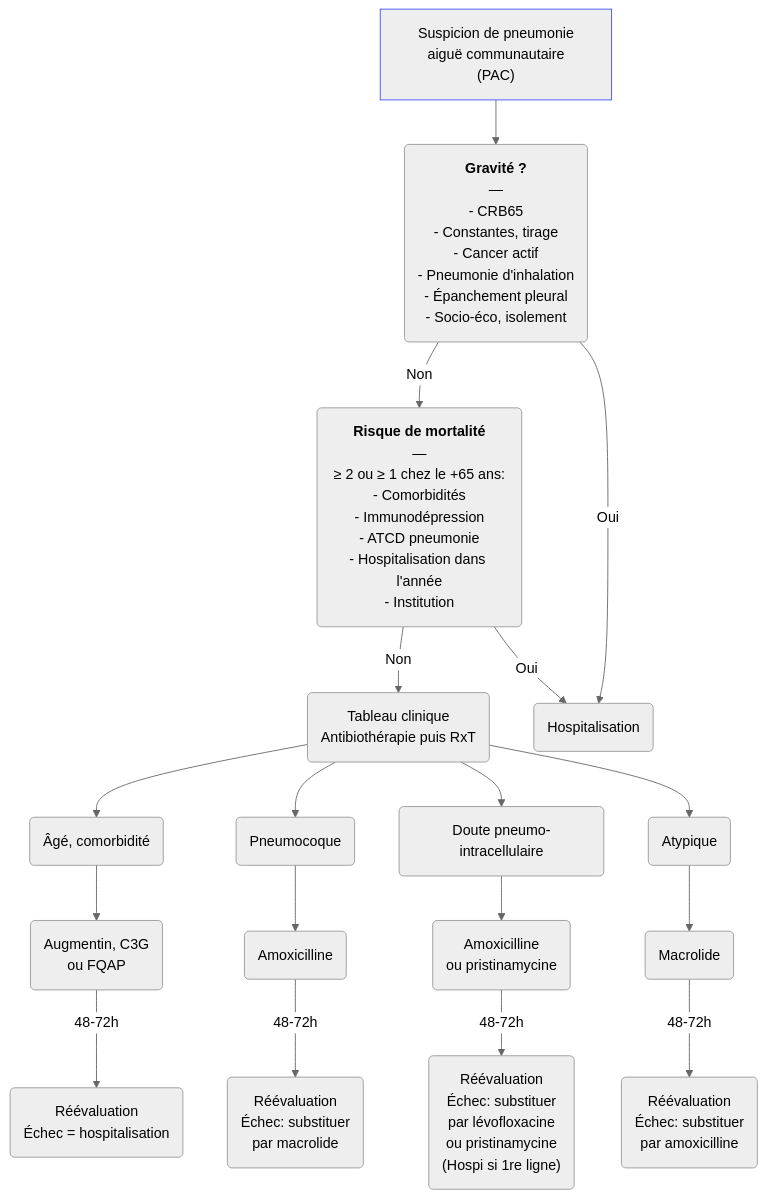
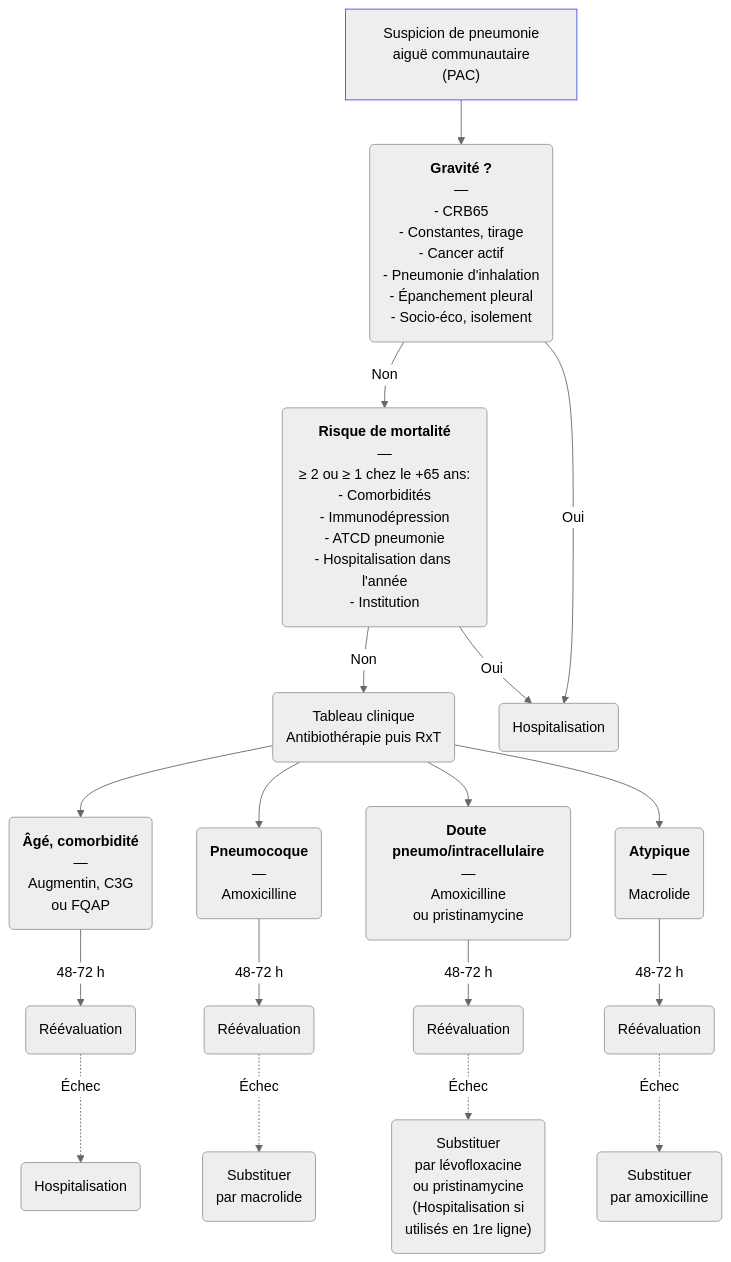
One commit to djibe/recommandations-medicales changed the diagram in content/recommandations/pneumonie-aigue-communautaire.md. Above: the diagram before and after it, drawn with Mermaid (neutral theme). The commit also changed other lines of this file and 13 other files, not shown here.

Commit message:
New flowcharts

```diff
--- a/content/recommandations/pneumonie-aigue-communautaire.md
+++ b/content/recommandations/pneumonie-aigue-communautaire.md
@@ -405,11 +405,11 @@
 {{< mermaid title="Prise en charge de la pneumonie aiguë communautaire (PAC). Dr JB Fron d'après SPILF 2020 et Afssaps 2010" >}}
 graph TB
   suspicion["Suspicion de pneumonie<br> aiguë communautaire (PAC)"] --> gravité("<b>Gravité ?</b><br>—<br>- CRB65<br>- Constantes, tirage<br>- Cancer actif<br>- Pneumonie d'inhalation<br>- Épanchement pleural<br>- Socio-éco, isolement") -- Non --> risque("<b>Risque de mortalité</b><br>—<br>≥ 2 ou ≥ 1 chez le +65 ans:<br>- Comorbidités<br>- Immunodépression<br>- ATCD pneumonie<br>- Hospitalisation dans l'année<br>- Institution") -- Non --> tableau("Tableau clinique<br>Antibiothérapie puis RxT")
   style suspicion stroke:#4150f5, stroke-width:1px
     gravité -- Oui --> hospitalisation(Hospitalisation)
       risque -- Oui --> hospitalisation
-      tableau --> âgé(Âgé, comorbidité) --> âgé2("Augmentin, C3G<br>ou FQAP") -- 48-72h --> âgé3("Réévaluation<br>Échec = hospitalisation")
-      tableau --> pneumocoque(Pneumocoque) --> amoxicilline(Amoxicilline) -- 48-72h --> pneumo2("Réévaluation<br>Échec: substituer<br>par macrolide")
-      tableau --> douteux(Doute pneumo-intracellulaire) --> douteux1("Amoxicilline<br>ou pristinamycine") -- 48-72h --> douteux2("Réévaluation<br>Échec: substituer<br>par lévofloxacine<br>ou pristinamycine<br>(Hospi si 1re ligne)")
-      tableau --> intracellulaire(Atypique) --> macrolide(Macrolide) -- 48-72h --> intra2(Réévaluation<br>Échec: substituer<br>par amoxicilline)
+      tableau --> âgé("<b>Âgé, comorbidité</b><br>—<br>Augmentin, C3G<br>ou FQAP") -- 48-72 h --> âgé3(Réévaluation) -. Échec .-> hospitalisationAgé(Hospitalisation)
+      tableau --> pneumocoque("<b>Pneumocoque</b><br>—<br>Amoxicilline") -- 48-72 h --> pneumo2(Réévaluation) -. Échec .-> pneumo3("Substituer<br>par macrolide")
+      tableau --> douteux("<b>Doute pneumo/intracellulaire</b><br>—<br>Amoxicilline<br>ou pristinamycine") -- 48-72 h --> douteux2(Réévaluation) -. Échec .-> douteux3("Substituer<br>par lévofloxacine<br>ou pristinamycine<br>(Hospitalisation si<br>utilisés en 1re ligne)")
+      tableau --> intracellulaire("<b>Atypique</b><br>—<br>Macrolide") -- 48-72 h --> intra2(Réévaluation) -. Échec .-> intra3("Substituer<br>par amoxicilline")
 {{< /mermaid >}}
```
